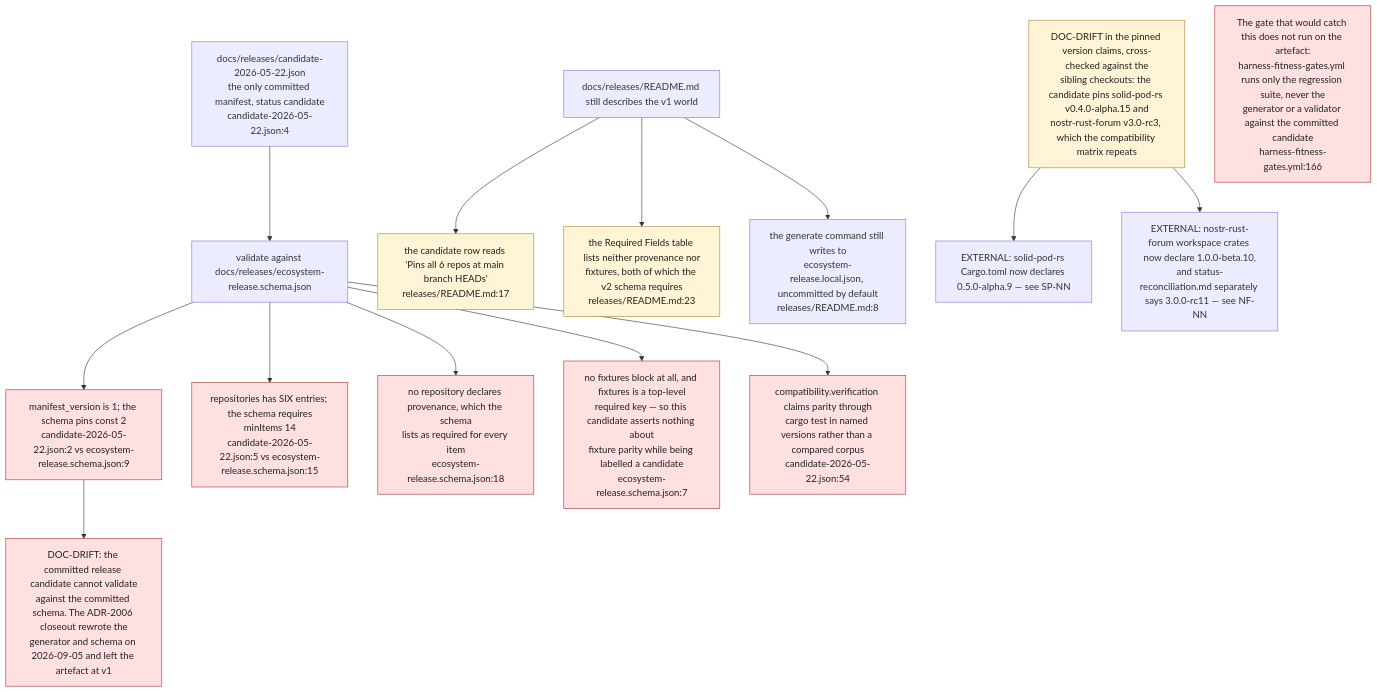
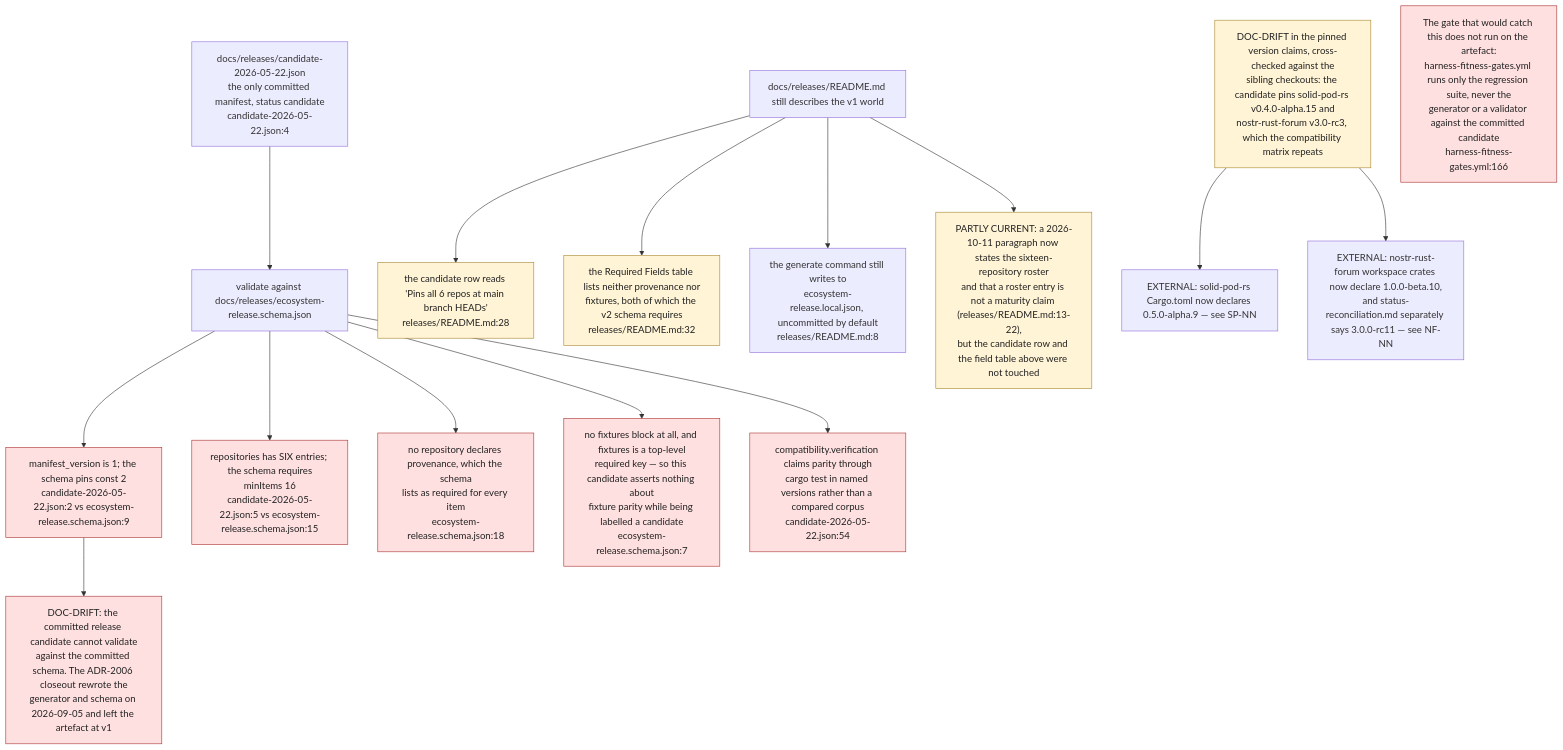
One commit to DreamLab-AI/VisionFlow changed the fifth of 11 diagrams in docs/diagrams/visionflow/07-pitch-presentation-reports.md. Above: the diagram before and after it, drawn with Mermaid. The commit also changed other lines of this file and 80 other files, not shown here.

First line of the commit message:
docs(diagrams): re-verify the agentbox, dreamlab, estate and visionflow corpus against current sources

````diff
--- a/docs/diagrams/visionflow/07-pitch-presentation-reports.md
+++ b/docs/diagrams/visionflow/07-pitch-presentation-reports.md
@@ -220,27 +220,28 @@
 ```mermaid
 flowchart TB
     classDef fail fill:#ffe0e0,stroke:#aa3333,color:#222
     classDef doc fill:#fff4d6,stroke:#aa8833,color:#222
 
     CAND["docs/releases/candidate-2026-05-22.json<br/>the only committed manifest, status candidate<br/>candidate-2026-05-22.json:4"] --> V
 
     V["validate against docs/releases/ecosystem-release.schema.json"]
 
     V --> F1["manifest_version is 1; the schema pins const 2<br/>candidate-2026-05-22.json:2 vs ecosystem-release.schema.json:9"]:::fail
-    V --> F2["repositories has SIX entries; the schema requires<br/>minItems 14<br/>candidate-2026-05-22.json:5 vs ecosystem-release.schema.json:15"]:::fail
+    V --> F2["repositories has SIX entries; the schema requires<br/>minItems 16<br/>candidate-2026-05-22.json:5 vs ecosystem-release.schema.json:15"]:::fail
     V --> F3["no repository declares provenance, which the schema<br/>lists as required for every item<br/>ecosystem-release.schema.json:18"]:::fail
     V --> F4["no fixtures block at all, and fixtures is a top-level<br/>required key — so this candidate asserts nothing about<br/>fixture parity while being labelled a candidate<br/>ecosystem-release.schema.json:7"]:::fail
     V --> F5["compatibility.verification claims parity through<br/>cargo test in named versions rather than a compared corpus<br/>candidate-2026-05-22.json:54"]:::fail
 
     F1 --> VERD["DOC-DRIFT: the committed release candidate cannot validate<br/>against the committed schema. The ADR-2006 closeout rewrote the<br/>generator and schema on 2026-09-05 and left the artefact at v1"]:::fail
 
-    RM["docs/releases/README.md still describes the v1 world"] --> D1["the candidate row reads 'Pins all 6 repos at main branch HEADs'<br/>releases/README.md:17"]:::doc
-    RM --> D2["the Required Fields table lists neither provenance nor<br/>fixtures, both of which the v2 schema requires<br/>releases/README.md:23"]:::doc
+    RM["docs/releases/README.md still describes the v1 world"] --> D1["the candidate row reads 'Pins all 6 repos at main branch HEADs'<br/>releases/README.md:28"]:::doc
+    RM --> D2["the Required Fields table lists neither provenance nor<br/>fixtures, both of which the v2 schema requires<br/>releases/README.md:32"]:::doc
     RM --> D3["the generate command still writes to<br/>ecosystem-release.local.json, uncommitted by default<br/>releases/README.md:8"]
+    RM --> D4["PARTLY CURRENT: a 2026-10-11 paragraph now states the sixteen-repository roster<br/>and that a roster entry is not a maturity claim (releases/README.md:13-22),<br/>but the candidate row and the field table above were not touched"]:::doc
 
     VERSIONS["DOC-DRIFT in the pinned version claims, cross-checked against the<br/>sibling checkouts: the candidate pins solid-pod-rs v0.4.0-alpha.15 and<br/>nostr-rust-forum v3.0-rc3, which the compatibility matrix repeats"]:::doc
     VERSIONS --> X1["EXTERNAL: solid-pod-rs Cargo.toml now declares 0.5.0-alpha.9 — see SP-NN"]
     VERSIONS --> X2["EXTERNAL: nostr-rust-forum workspace crates now declare 1.0.0-beta.10,<br/>and status-reconciliation.md separately says 3.0.0-rc11 — see NF-NN"]
 
     GATE["The gate that would catch this does not run on the artefact:<br/>harness-fitness-gates.yml runs only the regression suite, never the<br/>generator or a validator against the committed candidate<br/>harness-fitness-gates.yml:166"]:::fail
 ```
````
